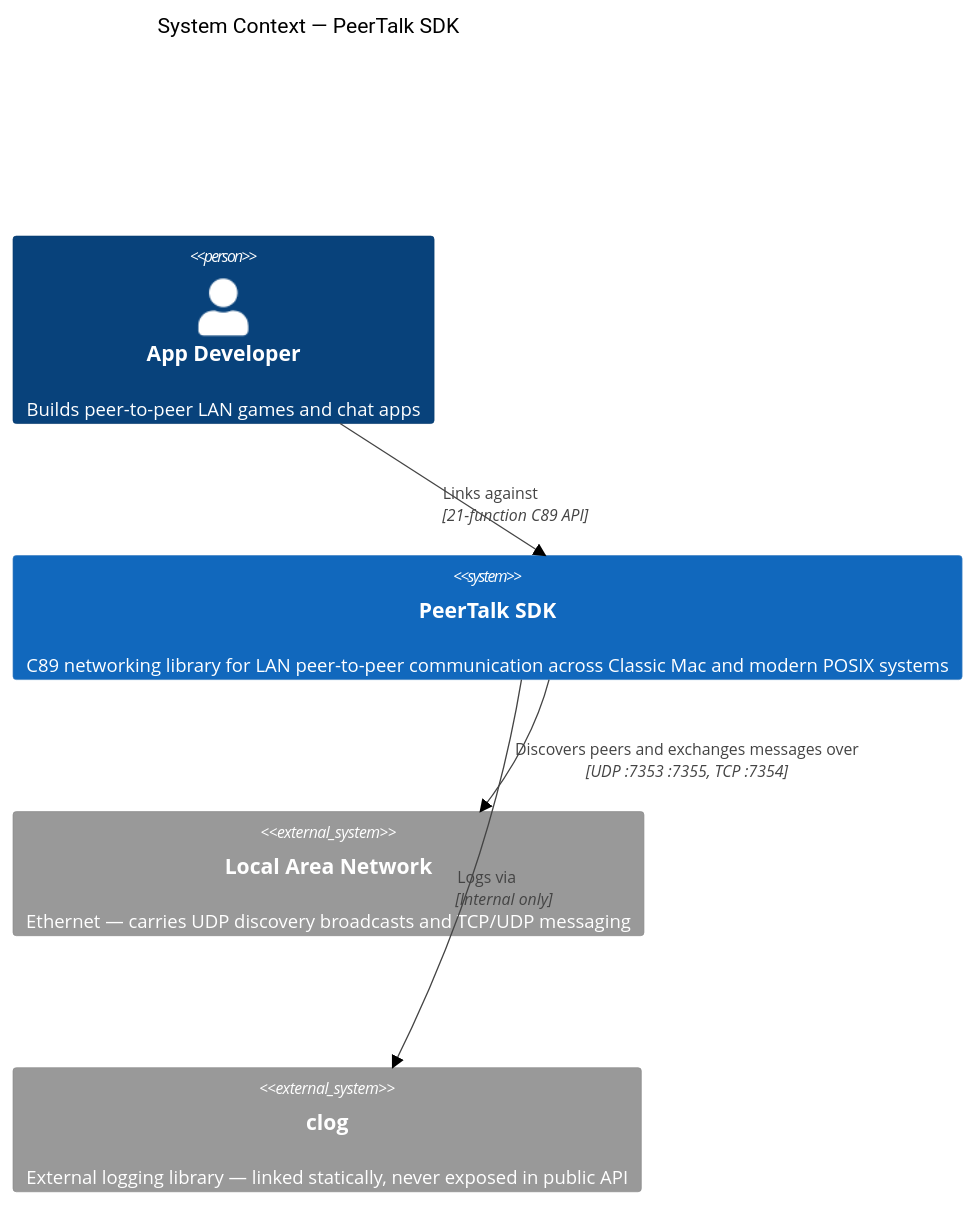
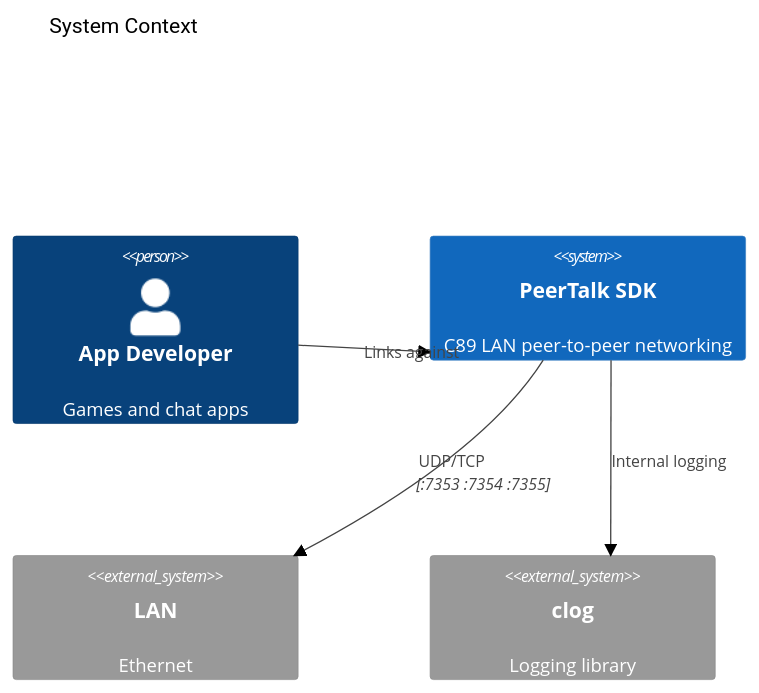
One commit to matthewdeaves/peertalk changed the first of 7 diagrams in ARCHITECTURE.md. Above: the diagram before and after it, drawn with Mermaid (forest theme). The commit also changed other lines of this file, not shown here.

First line of the commit message:
docs: Shorten C4 diagram labels for clean Mermaid rendering

````diff
--- a/ARCHITECTURE.md
+++ b/ARCHITECTURE.md
@@ -7,15 +7,15 @@
 ```mermaid
 C4Context
-    title System Context — PeerTalk SDK
+    title System Context
 
-    Person(dev, "App Developer", "Builds peer-to-peer LAN games and chat apps")
+    Person(dev, "App Developer", "Games and chat apps")
 
-    System(peertalk, "PeerTalk SDK", "C89 networking library for LAN peer-to-peer communication across Classic Mac and modern POSIX systems")
+    System(peertalk, "PeerTalk SDK", "C89 LAN peer-to-peer networking")
 
-    System_Ext(lan, "Local Area Network", "Ethernet — carries UDP discovery broadcasts and TCP/UDP messaging")
-    System_Ext(clog, "clog", "External logging library — linked statically, never exposed in public API")
+    System_Ext(lan, "LAN", "Ethernet")
+    System_Ext(clog, "clog", "Logging library")
 
-    Rel(dev, peertalk, "Links against", "21-function C89 API")
-    Rel(peertalk, lan, "Discovers peers and exchanges messages over", "UDP :7353 :7355, TCP :7354")
-    Rel(peertalk, clog, "Logs via", "Internal only")
+    Rel(dev, peertalk, "Links against")
+    Rel(peertalk, lan, "UDP/TCP", ":7353 :7354 :7355")
+    Rel(peertalk, clog, "Internal logging")
 ```
````
